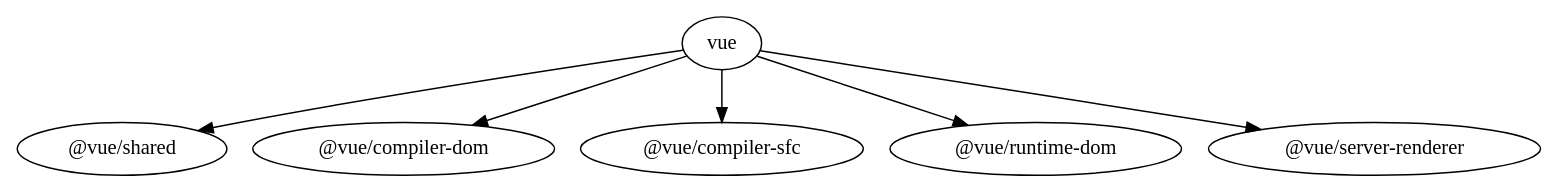
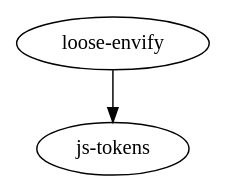
One commit to usermaryz/mire_config changed the diagram in dz2/dependencies.dot. Above: the diagram before and after it, drawn with Graphviz. The commit also changed 5 other files, not shown here.

```diff
--- a/dz2/dependencies.dot
+++ b/dz2/dependencies.dot
@@ -1,7 +1,3 @@
 digraph dependencies {
-  "vue" -> "@vue/shared";
-  "vue" -> "@vue/compiler-dom";
-  "vue" -> "@vue/compiler-sfc";
-  "vue" -> "@vue/runtime-dom";
-  "vue" -> "@vue/server-renderer";
+  "loose-envify" -> "js-tokens";
 }
```
